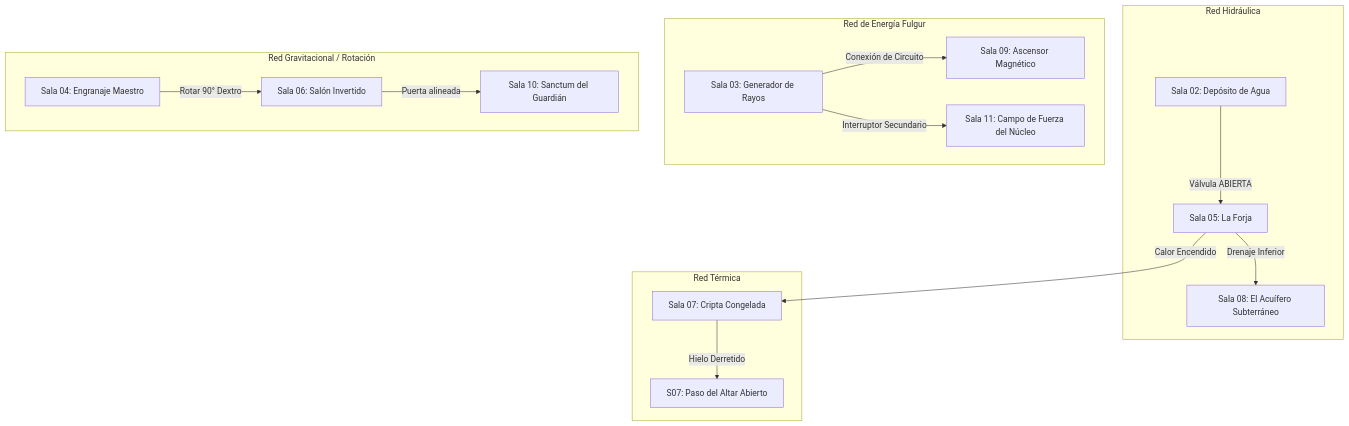
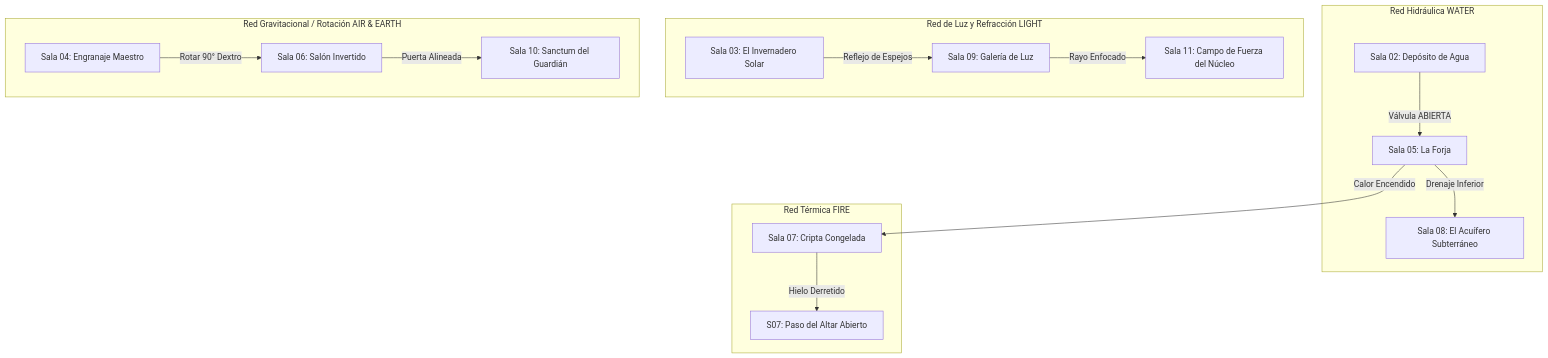
The diagram in 7 - DM/OneShots/ARepeat/02-Relaciones_Inter_Salas_y_Matriz.md (linkmati/ShivathLyss), drawn with Mermaid before and after one commit. The commit also changed other lines of this file and 6 other files, not shown here.

Commit message:
fix: mermaid diagram parse errors and align elements with Shivath 6 Power Words

````diff
--- a/7 - DM/OneShots/ARepeat/02-Relaciones_Inter_Salas_y_Matriz.md
+++ b/7 - DM/OneShots/ARepeat/02-Relaciones_Inter_Salas_y_Matriz.md
@@ -12,22 +13,22 @@
 ```mermaid
 graph TD
-    subgraph Red Hidráulica
-        S02[Sala 02: Depósito de Agua] -->|Válvula ABIERTA| S05[Sala 05: La Forja Inundada]
-        S05 -->|Drenaje Inferior| S08[Sala 08: El Acuífero Subterráneo]
+    subgraph Red Hidráulica WATER
+        S02["Sala 02: Depósito de Agua"] -->|"Válvula ABIERTA"| S05["Sala 05: La Forja Inundada"]
+        S05 -->|"Drenaje Inferior"| S08["Sala 08: El Acuífero Subterráneo"]
     end
 
-    subgraph Red Térmica
-        S05[Sala 05: La Forja] -->|Calor Encendido| S07[Sala 07: Cripta Congelada]
-        S07 -->|Hielo Derretido| S07B[S07: Paso del Altar Abierto]
+    subgraph Red Térmica FIRE
+        S05["Sala 05: La Forja"] -->|"Calor Encendido"| S07["Sala 07: Cripta Congelada"]
+        S07 -->|"Hielo Derretido"| S07B["S07: Paso del Altar Abierto"]
     end
 
-    subgraph Red de Energía Fulgur
-        S03[Sala 03: Generador de Rayos] -->|Conexión de Circuito| S09[Sala 09: Ascensor Magnético]
-        S03 -->|Interruptor Secundario| S11[Sala 11: Campo de Fuerza del Núcleo]
+    subgraph Red de Luz y Refracción LIGHT
+        S03["Sala 03: El Invernadero Solar"] -->|"Reflejo de Espejos"| S09["Sala 09: Galería de Luz"]
+        S09 -->|"Rayo Enfocado"| S11["Sala 11: Campo de Fuerza del Núcleo"]
     end
 
-    subgraph Red Gravitacional / Rotación
-        S04[Sala 04: Engranaje Maestro] -->|Rotar 90° Dextro| S06[Sala 06: Salón Invertido]
-        S06 -->|Puerta alineada| S10[Sala 10: Sanctum del Guardián]
+    subgraph Red Gravitacional / Rotación AIR & EARTH
+        S04["Sala 04: Engranaje Maestro"] -->|"Rotar 90° Dextro"| S06["Sala 06: Salón Invertido"]
+        S06 -->|"Puerta Alineada"| S10["Sala 10: Sanctum del Guardián"]
     end
 ```
````
